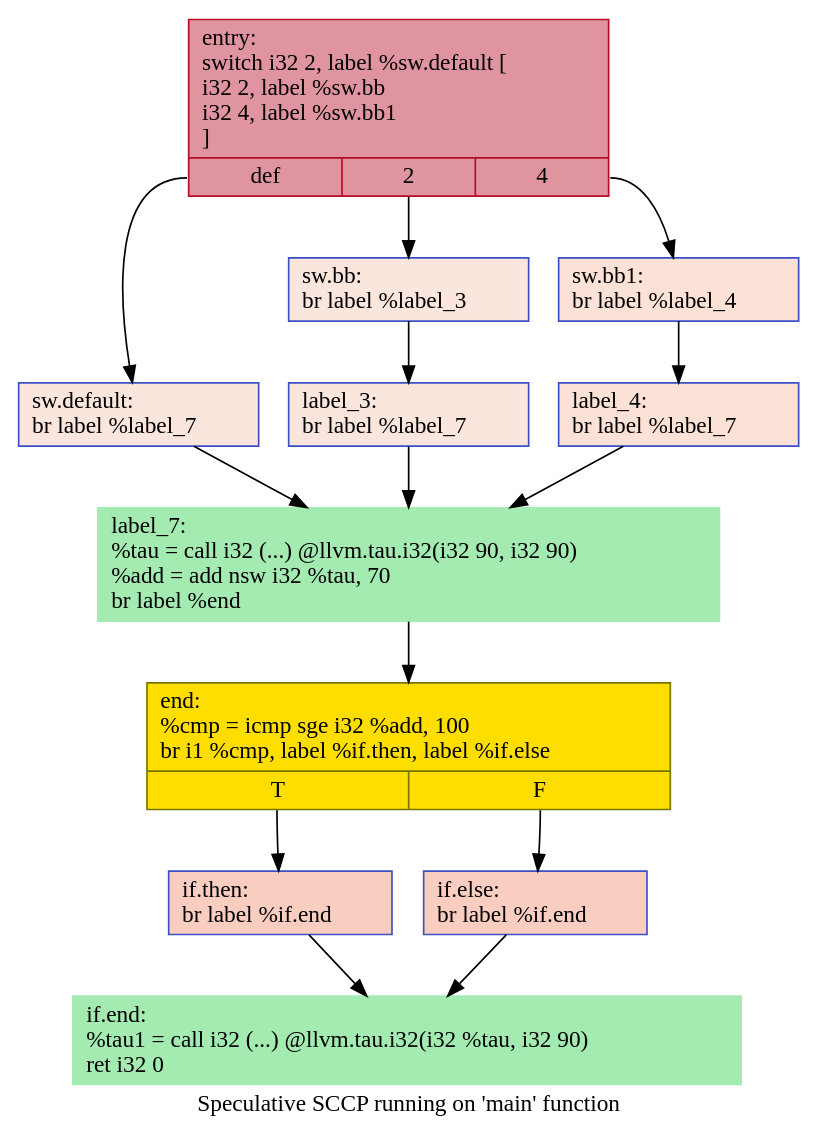
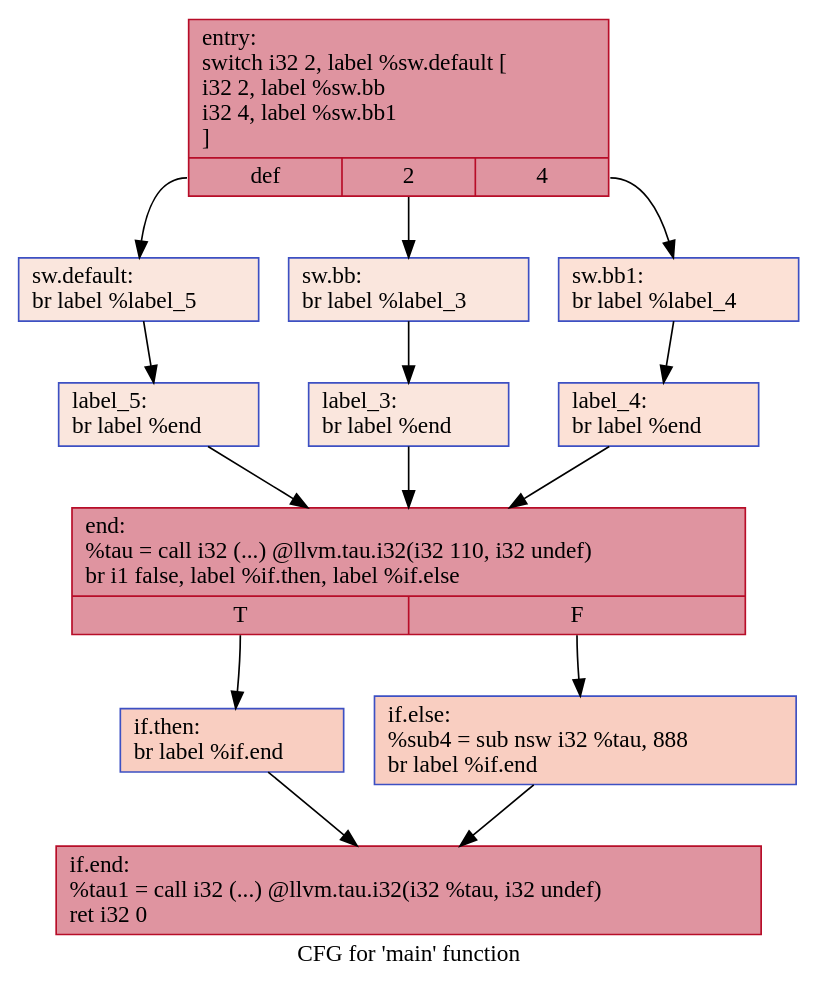
One commit to HPSSA-LLVM/HPSSA-LLVM changed the diagram in IR/cfg/specSCCP_HPSSA.dot. Above: the diagram before and after it, drawn with Graphviz. The commit also changed 24 other files, not shown here.

```diff
--- a/IR/cfg/specSCCP_HPSSA.dot
+++ b/IR/cfg/specSCCP_HPSSA.dot
@@ -1,28 +1,28 @@
 digraph "CFG for 'main' function" {
-	label="Speculative SCCP running on 'main' function";
+	label="CFG for 'main' function";
 
-	Node0x560a7b0587f0 [shape=record,color="#b70d28ff", style=filled, fillcolor="#b70d2870",label="{entry:\l  switch i32 2, label %sw.default [\l    i32 2, label %sw.bb\l    i32 4, label %sw.bb1\l  ]\l|{<s0>def|<s1>2|<s2>4}}"];
-	Node0x560a7b0587f0:s0 -> Node0x560a7b058920;
-	Node0x560a7b0587f0:s1 -> Node0x560a7b0589a0;
-	Node0x560a7b0587f0:s2 -> Node0x560a7b058a40;
-	Node0x560a7b0589a0 [shape=record,color="#3d50c3ff", style=filled, fillcolor="#f3c7b170",label="{sw.bb:                                            \l  br label %label_3\l}"];
-	Node0x560a7b0589a0 -> Node0x560a7b058bd0;
-	Node0x560a7b058a40 [shape=record,color="#3d50c3ff", style=filled, fillcolor="#f7bca170",label="{sw.bb1:                                           \l  br label %label_4\l}"];
-	Node0x560a7b058a40 -> Node0x560a7b058cb0;
-	Node0x560a7b058920 [shape=record,color="#3d50c3ff", style=filled, fillcolor="#f3c7b170",label="{sw.default:                                       \l  br label %label_7\l}"];
-	Node0x560a7b058920 -> Node0x560a7b058d90;
-	Node0x560a7b058bd0 [shape=record,color="#3d50c3ff", style=filled, fillcolor="#f3c7b170",label="{label_3:                                          \l  br label %label_7\l}"];
-	Node0x560a7b058bd0 -> Node0x560a7b058d90;
-	Node0x560a7b058cb0 [shape=record,color="#3d50c3ff", style=filled, fillcolor="#f7bca170",label="{label_4:                                          \l  br label %label_7\l}"];
-	Node0x560a7b058cb0 -> Node0x560a7b058d90;
-	Node0x560a7b058d90 [shape=record,color="#A3EBB1", style=filled, fillcolor="#A3EBB1",label="{label_7:                                          \l  %tau = call i32 (...) @llvm.tau.i32(i32 90, i32 90)\l  %add = add nsw i32 %tau, 70\l  br label %end\l}"];
-	Node0x560a7b058d90 -> Node0x560a7b059250;
-	Node0x560a7b059250 [shape=record,color="#757500", style=filled, fillcolor="#FEDE00",label="{end:                                              \l  %cmp = icmp sge i32 %add, 100\l  br i1 %cmp, label %if.then, label %if.else\l|{<s0>T|<s1>F}}"];
-	Node0x560a7b059250:s0 -> Node0x560a7b059410;
-	Node0x560a7b059250:s1 -> Node0x560a7b059480;
-	Node0x560a7b059410 [shape=record,color="#3d50c3ff", style=filled, fillcolor="#f2907270",label="{if.then:                                          \l  br label %if.end\l}"];
-	Node0x560a7b059410 -> Node0x560a7b059740;
-	Node0x560a7b059480 [shape=record,color="#3d50c3ff", style=filled, fillcolor="#f2907270",label="{if.else:                                          \l  br label %if.end\l}"];
-	Node0x560a7b059480 -> Node0x560a7b059740;
-	Node0x560a7b059740 [shape=record,color="#A3EBB1", style=filled, fillcolor="#A3EBB1",label="{if.end:                                           \l  %tau1 = call i32 (...) @llvm.tau.i32(i32 %tau, i32 90)\l  ret i32 0\l}"];
+	Node0x55ebb1adc7d0 [shape=record,color="#b70d28ff", style=filled, fillcolor="#b70d2870",label="{entry:\l  switch i32 2, label %sw.default [\l    i32 2, label %sw.bb\l    i32 4, label %sw.bb1\l  ]\l|{<s0>def|<s1>2|<s2>4}}"];
+	Node0x55ebb1adc7d0:s0 -> Node0x55ebb1adc900;
+	Node0x55ebb1adc7d0:s1 -> Node0x55ebb1adc980;
+	Node0x55ebb1adc7d0:s2 -> Node0x55ebb1adca20;
+	Node0x55ebb1adc980 [shape=record,color="#3d50c3ff", style=filled, fillcolor="#f3c7b170",label="{sw.bb:                                            \l  br label %label_3\l}"];
+	Node0x55ebb1adc980 -> Node0x55ebb1adcbb0;
+	Node0x55ebb1adca20 [shape=record,color="#3d50c3ff", style=filled, fillcolor="#f7bca170",label="{sw.bb1:                                           \l  br label %label_4\l}"];
+	Node0x55ebb1adca20 -> Node0x55ebb1adcc90;
+	Node0x55ebb1adc900 [shape=record,color="#3d50c3ff", style=filled, fillcolor="#f3c7b170",label="{sw.default:                                       \l  br label %label_5\l}"];
+	Node0x55ebb1adc900 -> Node0x55ebb1adcd70;
+	Node0x55ebb1adcbb0 [shape=record,color="#3d50c3ff", style=filled, fillcolor="#f3c7b170",label="{label_3:                                          \l  br label %end\l}"];
+	Node0x55ebb1adcbb0 -> Node0x55ebb1adce50;
+	Node0x55ebb1adcc90 [shape=record,color="#3d50c3ff", style=filled, fillcolor="#f7bca170",label="{label_4:                                          \l  br label %end\l}"];
+	Node0x55ebb1adcc90 -> Node0x55ebb1adce50;
+	Node0x55ebb1adcd70 [shape=record,color="#3d50c3ff", style=filled, fillcolor="#f3c7b170",label="{label_5:                                          \l  br label %end\l}"];
+	Node0x55ebb1adcd70 -> Node0x55ebb1adce50;
+	Node0x55ebb1adce50 [shape=record,color="#b70d28ff", style=filled, fillcolor="#b70d2870",label="{end:                                              \l  %tau = call i32 (...) @llvm.tau.i32(i32 110, i32 undef)\l  br i1 false, label %if.then, label %if.else\l|{<s0>T|<s1>F}}"];
+	Node0x55ebb1adce50:s0 -> Node0x55ebb1add690;
+	Node0x55ebb1adce50:s1 -> Node0x55ebb1add700;
+	Node0x55ebb1add690 [shape=record,color="#3d50c3ff", style=filled, fillcolor="#f2907270",label="{if.then:                                          \l  br label %if.end\l}"];
+	Node0x55ebb1add690 -> Node0x55ebb1add820;
+	Node0x55ebb1add700 [shape=record,color="#3d50c3ff", style=filled, fillcolor="#f2907270",label="{if.else:                                          \l  %sub4 = sub nsw i32 %tau, 888\l  br label %if.end\l}"];
+	Node0x55ebb1add700 -> Node0x55ebb1add820;
+	Node0x55ebb1add820 [shape=record,color="#b70d28ff", style=filled, fillcolor="#b70d2870",label="{if.end:                                           \l  %tau1 = call i32 (...) @llvm.tau.i32(i32 %tau, i32 undef)\l  ret i32 0\l}"];
 }
```
